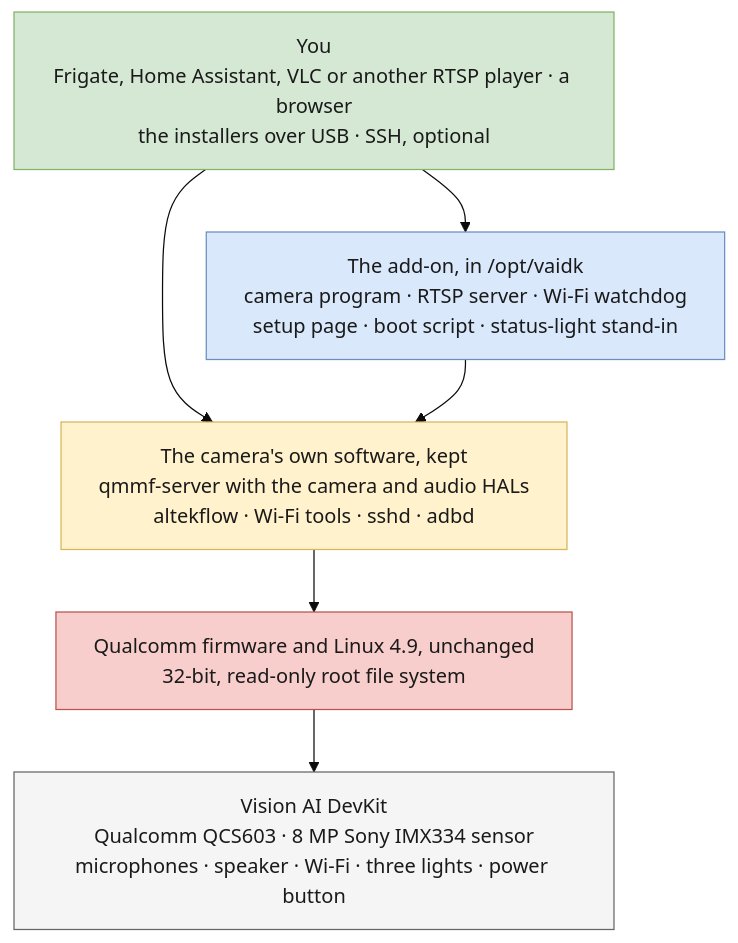
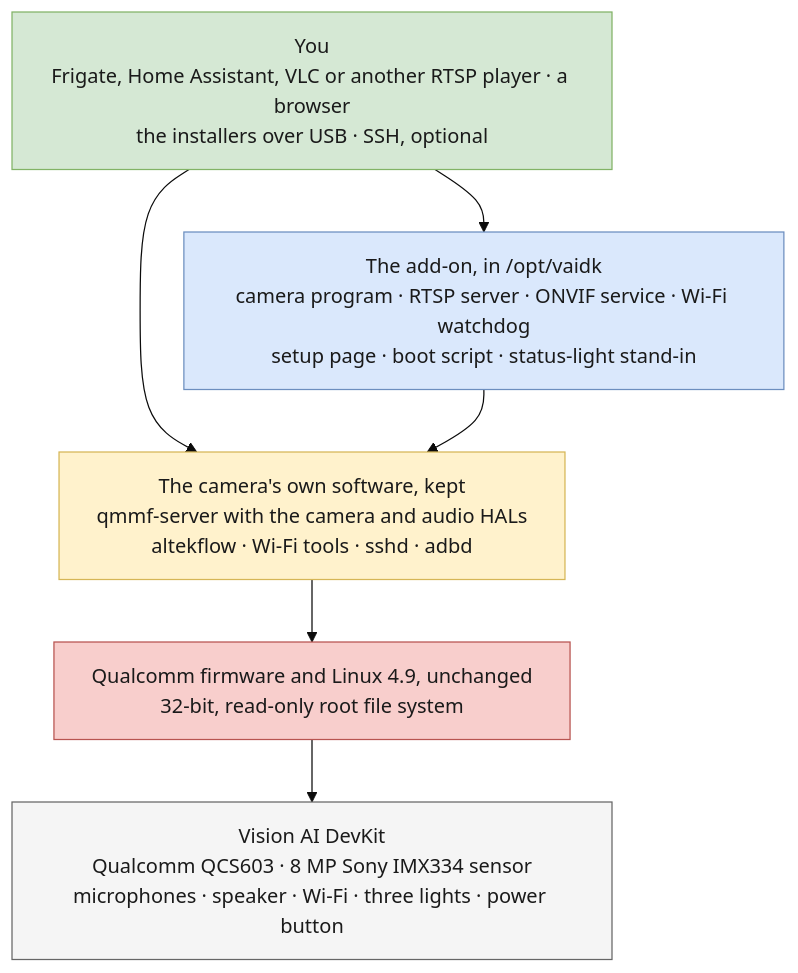
The first of 9 diagrams in ARCHITECTURE.md (howardginsburg/VisionAIDevKitRTSP), drawn with Mermaid (base theme) before and after one commit. The commit also changed other lines of this file and 20 other files, not shown here.

````diff
--- a/ARCHITECTURE.md
+++ b/ARCHITECTURE.md
@@ -25,24 +25,24 @@
 ```mermaid
 %%{init: {"flowchart": {"wrappingWidth": 420}}}%%
 flowchart TB
     you["You<br/>Frigate, Home Assistant, VLC or another RTSP player · a browser<br/>the installers over USB · SSH, optional"]
-    addon["The add-on, in /opt/vaidk<br/>camera program · RTSP server · Wi-Fi watchdog<br/>setup page · boot script · status-light stand-in"]
+    addon["The add-on, in /opt/vaidk<br/>camera program · RTSP server · ONVIF service · Wi-Fi watchdog<br/>setup page · boot script · status-light stand-in"]
     vendor["The camera's own software, kept<br/>qmmf-server with the camera and audio HALs<br/>altekflow · Wi-Fi tools · sshd · adbd"]
     fw["Qualcomm firmware and Linux 4.9, unchanged<br/>32-bit, read-only root file system"]
     hw["Vision AI DevKit<br/>Qualcomm QCS603 · 8 MP Sony IMX334 sensor<br/>microphones · speaker · Wi-Fi · three lights · power button"]
     you --> addon
     you --> vendor
     addon --> vendor
     vendor --> fw
     fw --> hw
     classDef use fill:#d5e8d4,stroke:#82b366,color:#1a1a1a
     classDef mod fill:#dae8fc,stroke:#6c8ebf,color:#1a1a1a
     classDef os fill:#fff2cc,stroke:#d6b656,color:#1a1a1a
     classDef locked fill:#f8cecc,stroke:#b85450,color:#1a1a1a
     classDef hard fill:#f5f5f5,stroke:#666666,color:#1a1a1a
     class you use
     class addon mod
     class vendor os
     class fw locked
     class hw hard
 ```
````
